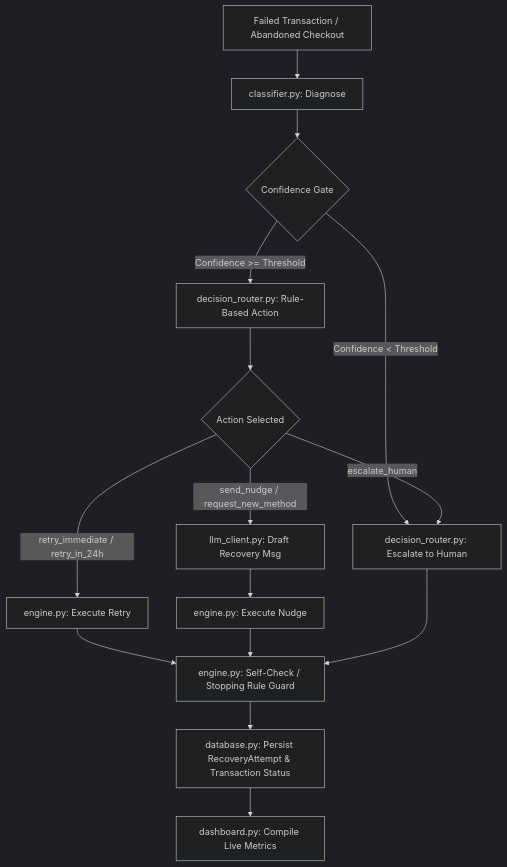
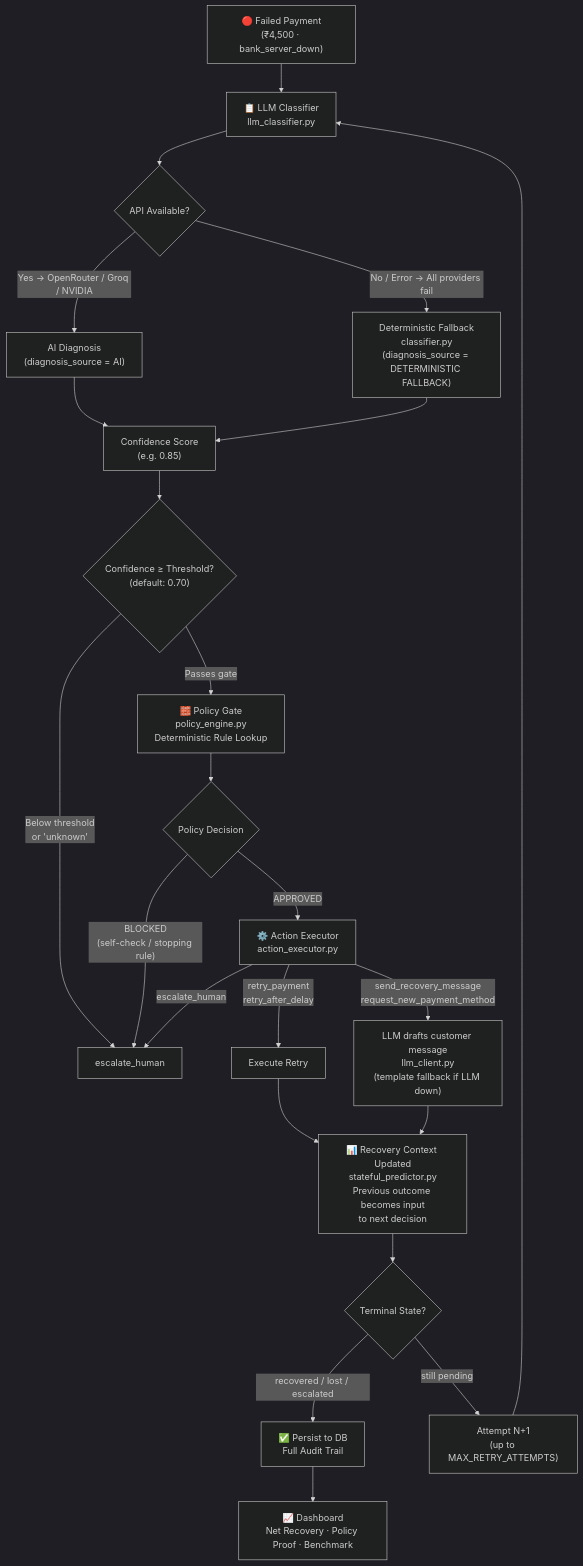
The first of 2 diagrams in README.md (AribAsim/Recovery-Copilot), drawn with Mermaid (dark theme) before and after one commit. The commit also changed other lines of this file, not shown here.

Commit message:
docs: update README with Mermaid architecture, changelog, and demo setup guide

````diff
--- a/README.md
+++ b/README.md
@@ -23,19 +25,31 @@
 ```mermaid
 flowchart TD
-    A[Failed Transaction / Abandoned Checkout] --> B[classifier.py: Diagnose]
-    B --> C{Confidence Gate}
-    
-    C -- "Confidence < Threshold" --> D[decision_router.py: Escalate to Human]
-    C -- "Confidence >= Threshold" --> E[decision_router.py: Rule-Based Action]
-    
-    E --> F{Action Selected}
-    F -- "retry_immediate / retry_in_24h" --> G[engine.py: Execute Retry]
-    F -- "send_nudge / request_new_method" --> H[llm_client.py: Draft Recovery Msg]
-    F -- "escalate_human" --> D
-    
-    H --> I[engine.py: Execute Nudge]
-    
-    G & I & D --> J[engine.py: Self-Check / Stopping Rule Guard]
-    J --> K[database.py: Persist RecoveryAttempt & Transaction Status]
-    K --> L[dashboard.py: Compile Live Metrics]
+    A["🔴 Failed Payment\n(₹4,500 · bank_server_down)"]
+
+    A --> B["📋 LLM Classifier\nllm_classifier.py"]
+    B --> B1{"API Available?"}
+    B1 -- "Yes → OpenRouter / Groq / NVIDIA" --> B2["AI Diagnosis\n(diagnosis_source = AI)"]
+    B1 -- "No / Error → All providers fail" --> B3["Deterministic Fallback\nclassifier.py\n(diagnosis_source = DETERMINISTIC FALLBACK)"]
+    B2 & B3 --> C["Confidence Score\n(e.g. 0.85)"]
+
+    C --> D{"Confidence ≥ Threshold?\n(default: 0.70)"}
+    D -- "Below threshold\nor 'unknown'" --> E["escalate_human"]
+    D -- "Passes gate" --> F["🧱 Policy Gate\npolicy_engine.py\nDeterministic Rule Lookup"]
+
+    F --> G{"Policy Decision"}
+    G -- "APPROVED" --> H["⚙️ Action Executor\naction_executor.py"]
+    G -- "BLOCKED\n(self-check / stopping rule)" --> E
+
+    H -- "retry_payment\nretry_after_delay" --> I["Execute Retry"]
+    H -- "send_recovery_message\nrequest_new_payment_method" --> J["LLM drafts customer message\nllm_client.py\n(template fallback if LLM down)"]
+    H -- "escalate_human" --> E
+
+    I & J --> K["📊 Recovery Context Updated\nstateful_predictor.py\nPrevious outcome becomes input\nto next decision"]
+
+    K --> L{"Terminal State?"}
+    L -- "recovered / lost / escalated" --> M["✅ Persist to DB\nFull Audit Trail"]
+    L -- "still pending" --> N["Attempt N+1\n(up to MAX_RETRY_ATTEMPTS)"]
+    N --> B
+
+    M --> O["📈 Dashboard\nNet Recovery · Policy Proof · Benchmark"]
 ```
````
